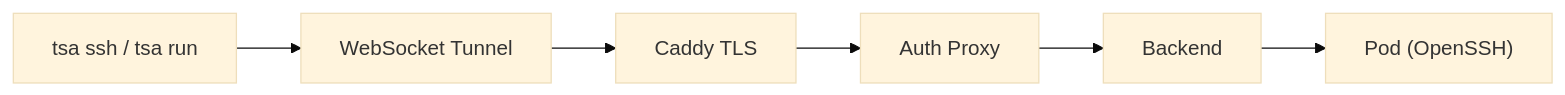
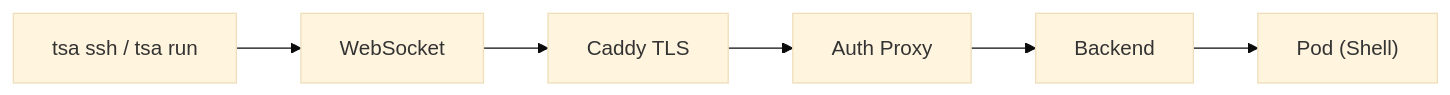
One commit to threadedstack/threadedstack changed the first of 3 diagrams in docs/features/sandbox-connect.md. Above: the diagram before and after it, drawn with Mermaid (base theme). The commit also changed 12 other files, not shown here.

First line of the commit message:
docs(user-guide,features,architecture): sync TSA CLI and Threads app docs with current implementations

````diff
--- a/docs/features/sandbox-connect.md
+++ b/docs/features/sandbox-connect.md
@@ -17,11 +17,11 @@
 ```mermaid
 flowchart LR
   TSA["tsa ssh / tsa run"]
-  WS["WebSocket Tunnel"]
+  WS["WebSocket"]
   Caddy["Caddy TLS"]
   Proxy["Auth Proxy"]
   Backend["Backend"]
-  Pod["Pod (OpenSSH)"]
+  Pod["Pod (Shell)"]
 
   TSA --> WS --> Caddy --> Proxy --> Backend --> Pod
 ```
````
